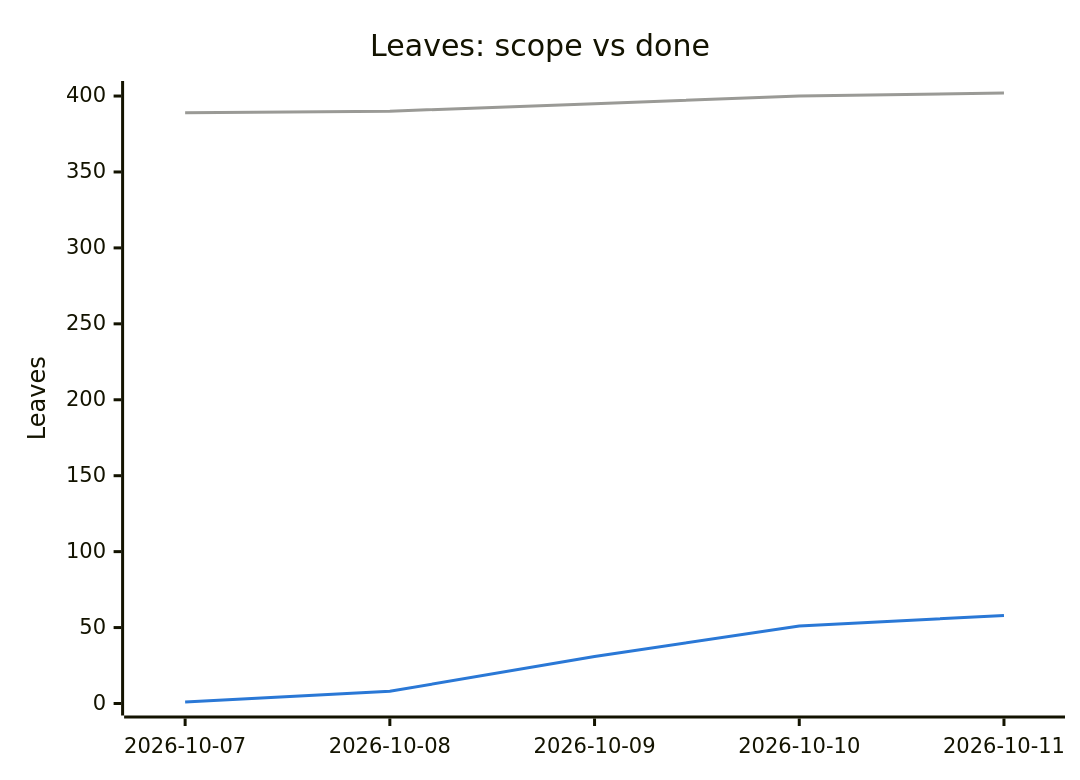
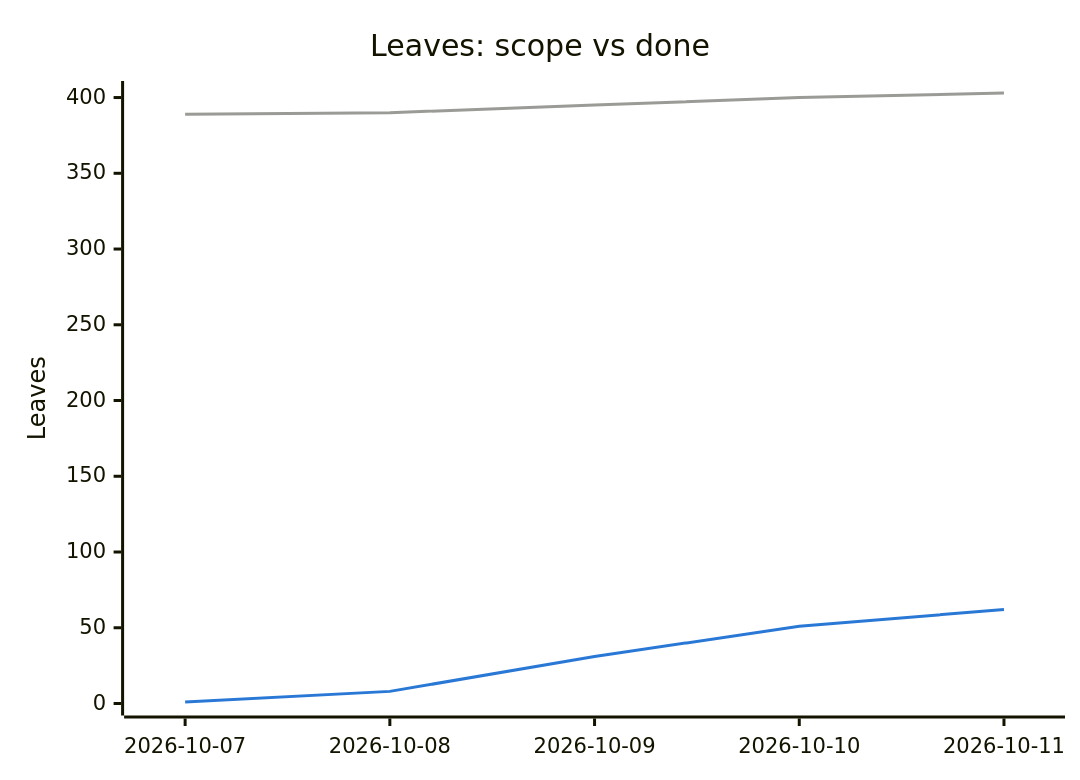
The second of 2 diagrams in PROGRESS.md (tomiok/persiaDB), drawn with Mermaid before and after one commit. The commit also changed other lines of this file and 7 other files, not shown here.

First line of the commit message:
fix(format): address batch review of 1.6; tick ROADMAP 1.6.1.1, 1.6.1.2, 1.6.2, 1.6.3.1

````diff
--- a/PROGRESS.md
+++ b/PROGRESS.md
@@ -105,14 +105,14 @@
 ```mermaid
 ---
 config:
   themeVariables:
     xyChart:
       plotColorPalette: "#9a9a96, #2a78d6"
 ---
 xychart-beta
   title "Leaves: scope vs done"
   x-axis ["2026-10-07", "2026-10-08", "2026-10-09", "2026-10-10", "2026-10-11"]
-  y-axis "Leaves" 0 --> 402
-  line [389, 390, 395, 400, 402]
-  line [1, 8, 31, 51, 58]
+  y-axis "Leaves" 0 --> 403
+  line [389, 390, 395, 400, 403]
+  line [1, 8, 31, 51, 62]
 ```
````
